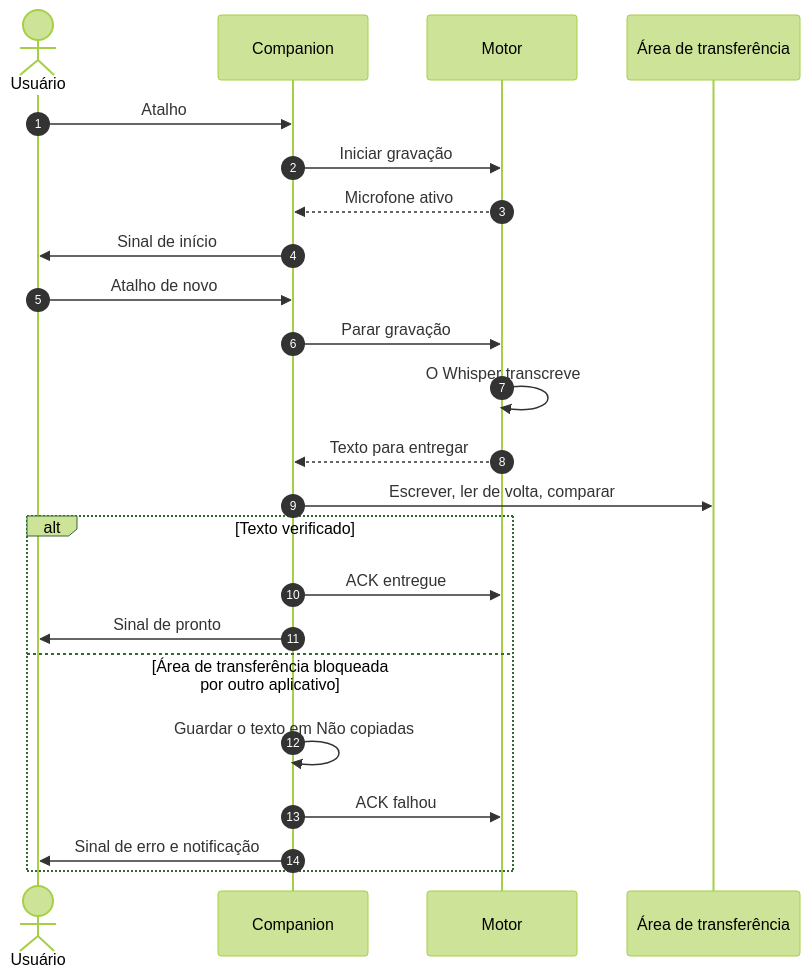
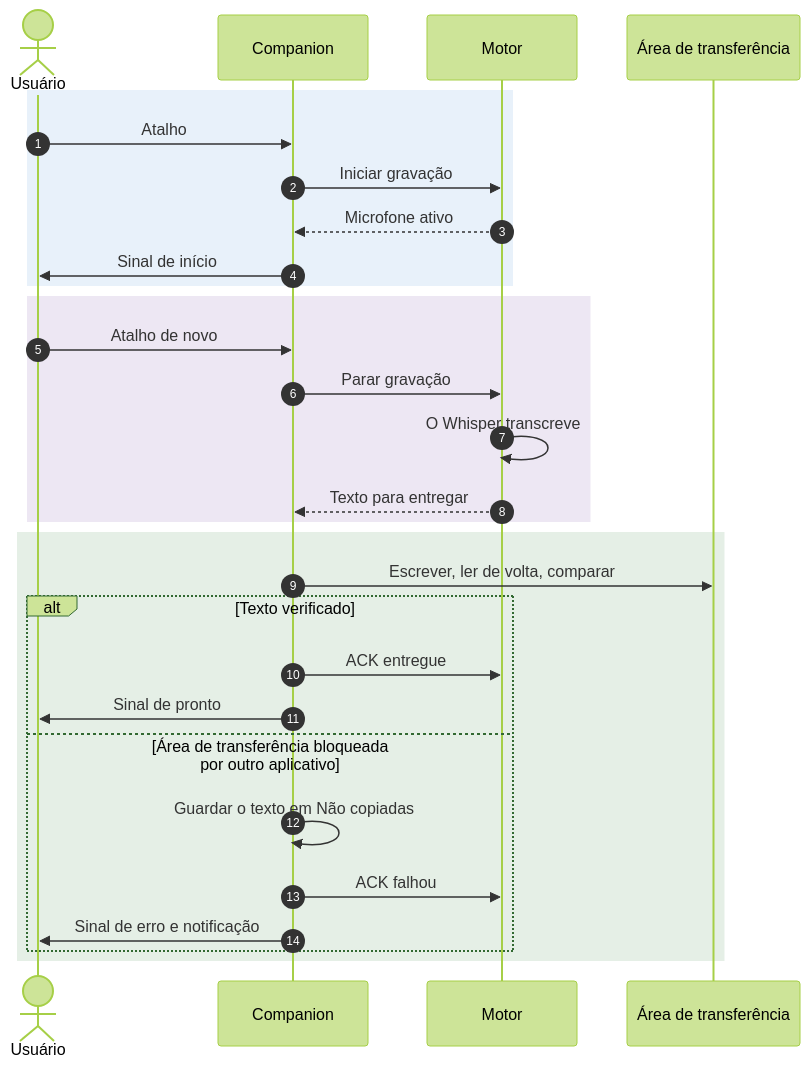
The third of 6 diagrams in README.pt-BR.md (nano-br/voice-mate), drawn with Mermaid (forest theme) before and after one commit. The commit also changed other lines of this file and 76 other files, not shown here.

````diff
--- a/README.pt-BR.md
+++ b/README.pt-BR.md
@@ -206,25 +302,31 @@
 ```mermaid
 sequenceDiagram
     autonumber
     actor U as Usuário
     participant C as Companion
     participant E as Motor
     participant CB as Área de transferência
-    U->>C: Atalho
-    C->>E: Iniciar gravação
-    E-->>C: Microfone ativo
-    C->>U: Sinal de início
-    U->>C: Atalho de novo
-    C->>E: Parar gravação
-    E->>E: O Whisper transcreve
-    E-->>C: Texto para entregar
-    C->>CB: Escrever, ler de volta, comparar
-    alt Texto verificado
-        C->>E: ACK entregue
-        C->>U: Sinal de pronto
-    else Área de transferência bloqueada por outro aplicativo
-        C->>C: Guardar o texto em Não copiadas
-        C->>E: ACK falhou
-        C->>U: Sinal de erro e notificação
+    rect rgba(67,141,213,0.12)
+        U->>C: Atalho
+        C->>E: Iniciar gravação
+        E-->>C: Microfone ativo
+        C->>U: Sinal de início
+    end
+    rect rgba(106,61,154,0.12)
+        U->>C: Atalho de novo
+        C->>E: Parar gravação
+        E->>E: O Whisper transcreve
+        E-->>C: Texto para entregar
+    end
+    rect rgba(46,125,50,0.12)
+        C->>CB: Escrever, ler de volta, comparar
+        alt Texto verificado
+            C->>E: ACK entregue
+            C->>U: Sinal de pronto
+        else Área de transferência bloqueada por outro aplicativo
+            C->>C: Guardar o texto em Não copiadas
+            C->>E: ACK falhou
+            C->>U: Sinal de erro e notificação
+        end
     end
 ```
````
